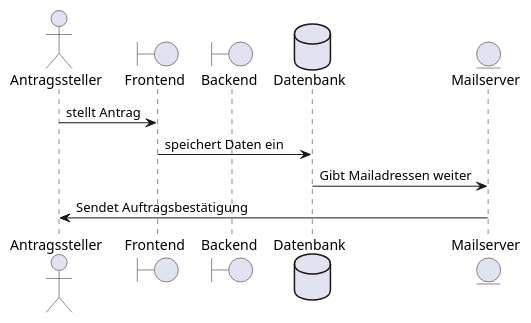
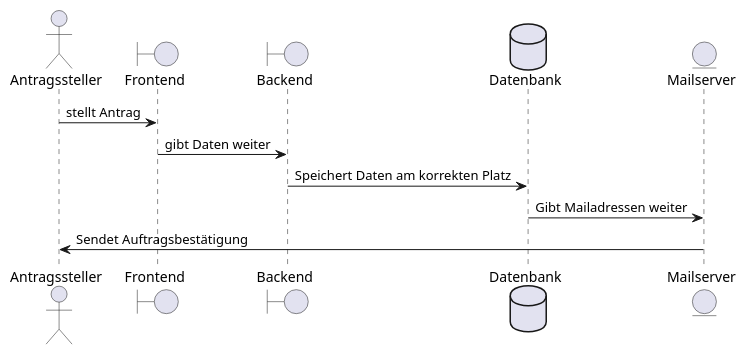
The second of 2 diagrams in docs_SE_II/Entwicklerdokumentation/Entwicklerdokumentation.adoc (ABV-Tool/ABV_Tool), drawn with PlantUML before and after one commit.

Commit message:
Entwicklerdoku

```diff
--- a/docs_SE_II/Entwicklerdokumentation/Entwicklerdokumentation.adoc
+++ b/docs_SE_II/Entwicklerdokumentation/Entwicklerdokumentation.adoc
@@ -78,15 +78,15 @@
 [plantuml, "{diagramsdir}/sequenzdiagramm_antragsteller", svg]
 ....
 actor Antragssteller
 boundary Frontend
 boundary Backend
 database Datenbank
 entity Mailserver
 
 Antragssteller -> Frontend : stellt Antrag
-Frontend -> Datenbank : speichert Daten ein
-
+Frontend -> Backend : gibt Daten weiter
+Backend -> Datenbank : Speichert Daten am korrekten Platz
 Datenbank -> Mailserver : Gibt Mailadressen weiter
 Mailserver -> Antragssteller : Sendet Auftragsbestätigung
 
 ....
```
